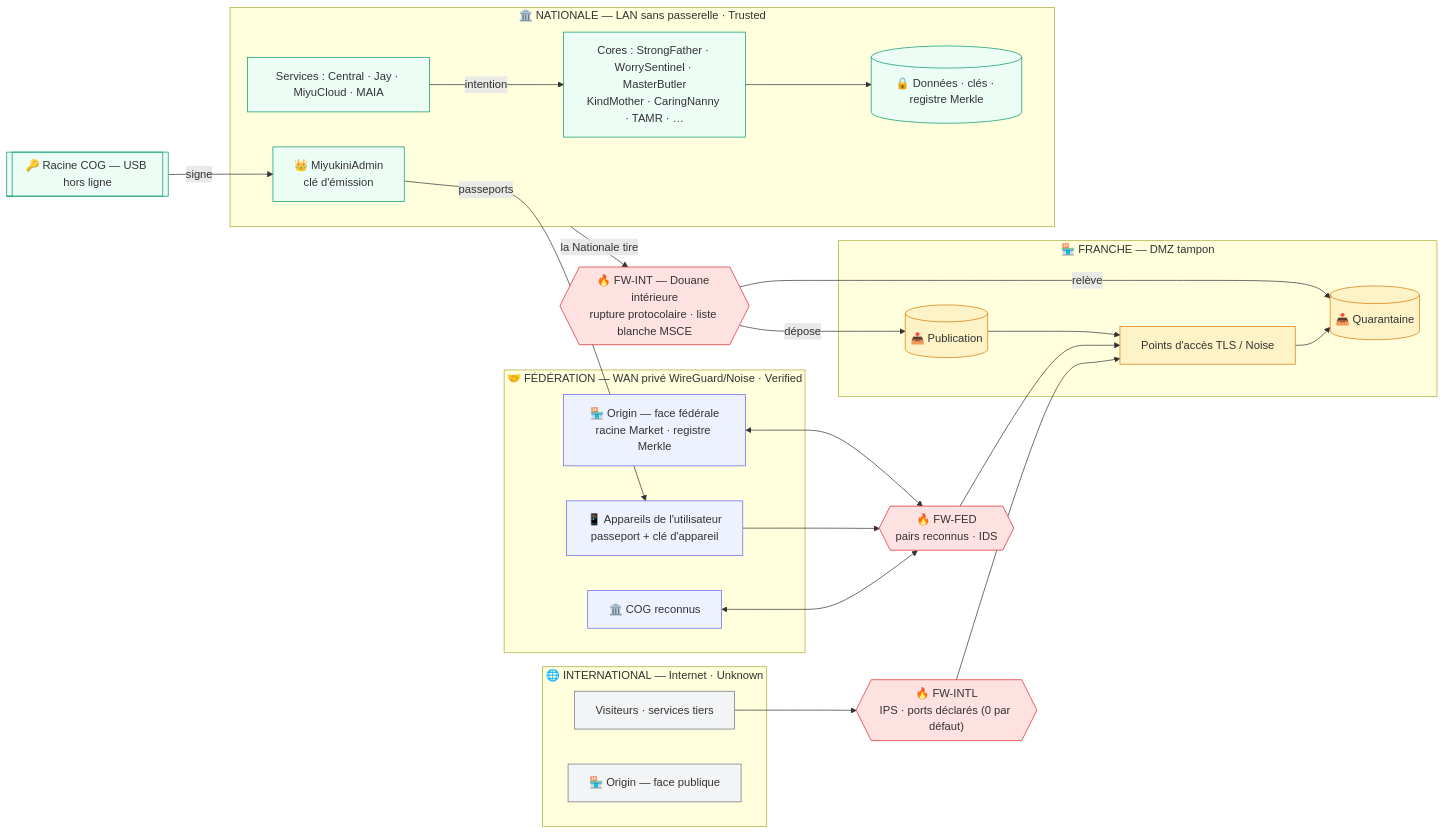
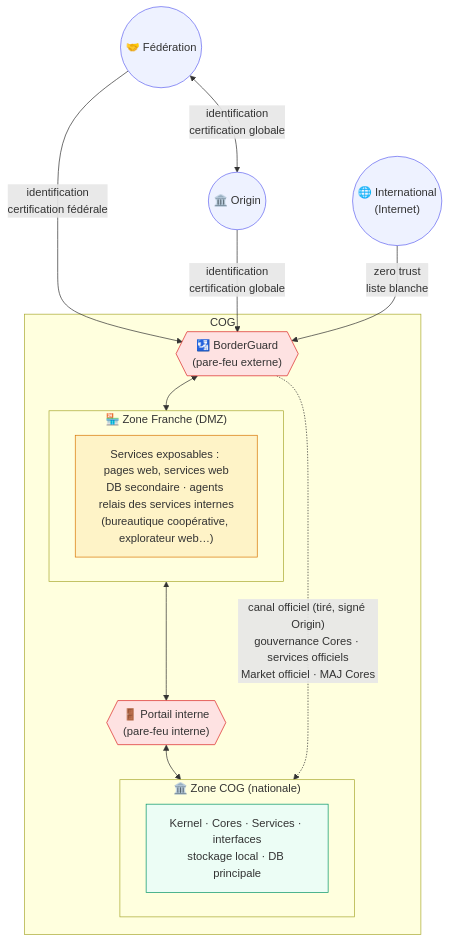
One commit to StudioMiyukini/miyukini_cog changed the diagram in docs/schema-conceptuel-cog.mmd. Above: the diagram before and after it, drawn with Mermaid. The commit also changed 2 other files, not shown here.

Commit message:
docs(architecture): modèle v2 aligné sur le schéma de l'auteur
- BorderGuard = pare-feu externe unique (Fédération : certification
  fédérale ; Origin : certification globale ; International : zero trust).
- Zone Franche : services exposables, DB secondaire, agents relais.
- Portail interne = pare-feu interne ; zone COG = Kernel, Cores, Services,
  stockage local, DB principale.
- Canal officiel BorderGuard -> zone COG (gouvernance Cores, services et
  Market officiels, MAJ) : tiré, sens unique, scellé par Origin.

```diff
--- a/docs/schema-conceptuel-cog.mmd
+++ b/docs/schema-conceptuel-cog.mmd
@@ -1,63 +1,40 @@
 %% @id arch.cog.schema-conceptuel
 %% @role architecture-diagram
 %% @layer 3-8+kernel
-%% @human Schéma conceptuel COG : 4 zones, Douanes, strates, identité signée
+%% @human Schéma conceptuel COG v2 : BorderGuard, zone Franche, Portail interne, zone COG, canal officiel
 %% @do visualize_cog_architecture
 %% Référence : docs/architecture/MODELE-ZONES-ET-COUCHES-COG.md (2026-10-24)
-flowchart LR
-    subgraph INTL["🌐 INTERNATIONAL — Internet · Unknown"]
-        VIS["Visiteurs · services tiers"]
-        ORIP["🏪 Origin — face publique"]
+flowchart TB
+    FED(("🤝 Fédération"))
+    ORIGIN(("🏛️ Origin"))
+    INTL(("🌐 International<br/>(Internet)"))
+
+    FED <-- "identification<br/>certification globale" --> ORIGIN
+
+    subgraph COG["COG"]
+        BG{{"🛂 BorderGuard<br/>(pare-feu externe)"}}
+        subgraph FRANCHE["🏪 Zone Franche (DMZ)"]
+            F1["Services exposables : pages web, services web<br/>DB secondaire · agents relais des services internes<br/>(bureautique coopérative, explorateur web…)"]
+        end
+        PORTAIL{{"🚪 Portail interne<br/>(pare-feu interne)"}}
+        subgraph NAT["🏛️ Zone COG (nationale)"]
+            N1["Kernel · Cores · Services · interfaces<br/>stockage local · DB principale"]
+        end
     end
 
-    subgraph FED["🤝 FÉDÉRATION — WAN privé WireGuard/Noise · Verified"]
-        COG2["🏛️ COG reconnus"]
-        APP["📱 Appareils de l'utilisateur<br/>passeport + clé d'appareil"]
-        ORIF["🏪 Origin — face fédérale<br/>racine Market · registre Merkle"]
-    end
+    FED -- "identification<br/>certification fédérale" --> BG
+    ORIGIN -- "identification<br/>certification globale" --> BG
+    INTL -- "zero trust<br/>liste blanche" --> BG
+    BG <--> FRANCHE
+    FRANCHE <--> PORTAIL
+    PORTAIL <--> NAT
+    BG -. "canal officiel (tiré, signé Origin)<br/>gouvernance Cores · services officiels<br/>Market officiel · MAJ Cores" .-> NAT
 
-    FWINTL{{"🔥 FW-INTL<br/>IPS · ports déclarés (0 par défaut)"}}
-    FWFED{{"🔥 FW-FED<br/>pairs reconnus · IDS"}}
-
-    subgraph FRANCHE["🏪 FRANCHE — DMZ tampon"]
-        ACCES["Points d'accès TLS / Noise"]
-        QUAR[("📥 Quarantaine")]
-        PUB[("📤 Publication")]
-    end
-
-    FWINT{{"🔥 FW-INT — Douane intérieure<br/>rupture protocolaire · liste blanche MSCE"}}
-
-    subgraph NAT["🏛️ NATIONALE — LAN sans passerelle · Trusted"]
-        ADMIN["👑 MiyukiniAdmin<br/>clé d'émission"]
-        SVC["Services : Central · Jay · MiyuCloud · MAIA"]
-        CORES["Cores : StrongFather · WorrySentinel · MasterButler<br/>KindMother · CaringNanny · TAMR · …"]
-        DATA[("🔒 Données · clés · registre Merkle")]
-    end
-
-    USB[["🔑 Racine COG — USB hors ligne"]]
-
-    VIS --> FWINTL --> ACCES
-    COG2 <--> FWFED
-    APP --> FWFED
-    ORIF <--> FWFED
-    FWFED --> ACCES
-    ACCES --> QUAR
-    PUB --> ACCES
-    NAT -- "la Nationale tire" --> FWINT
-    FWINT -- "relève" --> QUAR
-    FWINT -- "dépose" --> PUB
-    SVC -- "intention" --> CORES
-    CORES --> DATA
-    USB -- "signe" --> ADMIN
-    ADMIN -- "passeports" --> APP
-
-    classDef intl fill:#f3f4f6,stroke:#6b7280
-    classDef fed fill:#eef2ff,stroke:#6366f1
+    classDef ext fill:#eef2ff,stroke:#6366f1
     classDef fw fill:#fee2e2,stroke:#dc2626
     classDef franche fill:#fef3c7,stroke:#d97706
     classDef nat fill:#ecfdf5,stroke:#059669
-    class VIS,ORIP intl
-    class COG2,APP,ORIF fed
-    class FWINTL,FWFED,FWINT fw
-    class ACCES,QUAR,PUB franche
-    class ADMIN,SVC,CORES,DATA,USB nat
+    class FED,ORIGIN,INTL ext
+    class BG,PORTAIL fw
+    class F1 franche
+    class N1 nat
```
